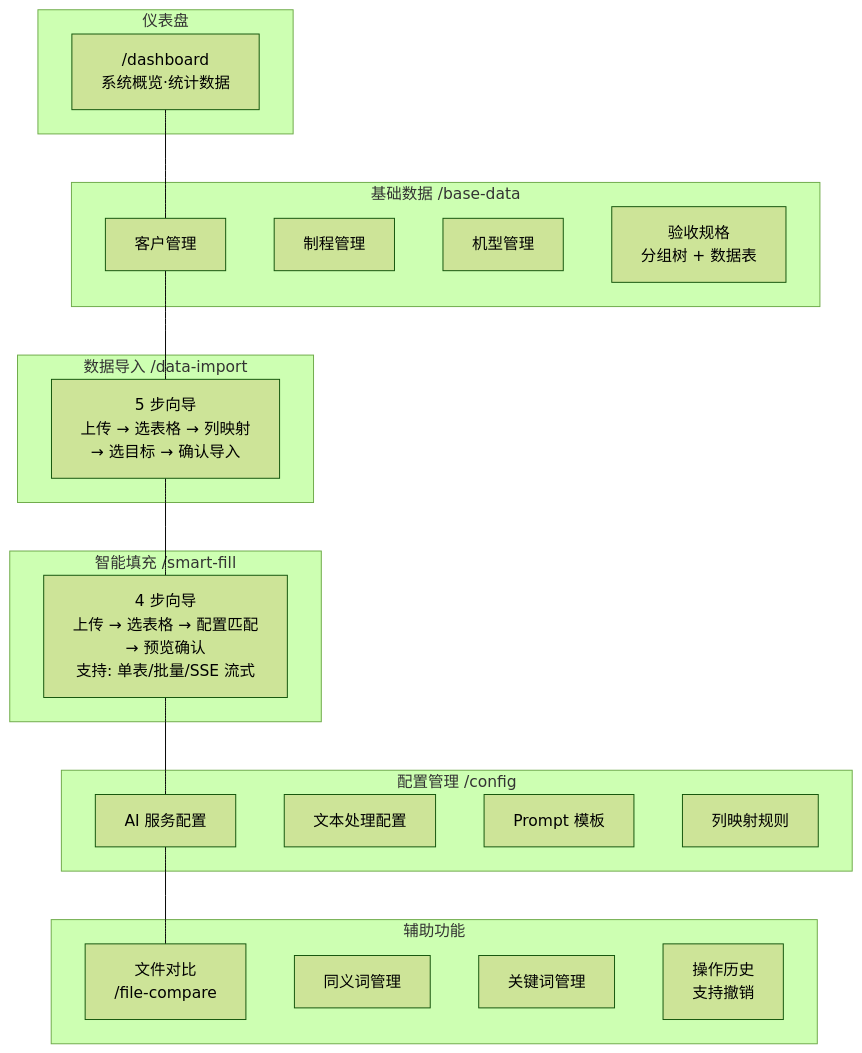
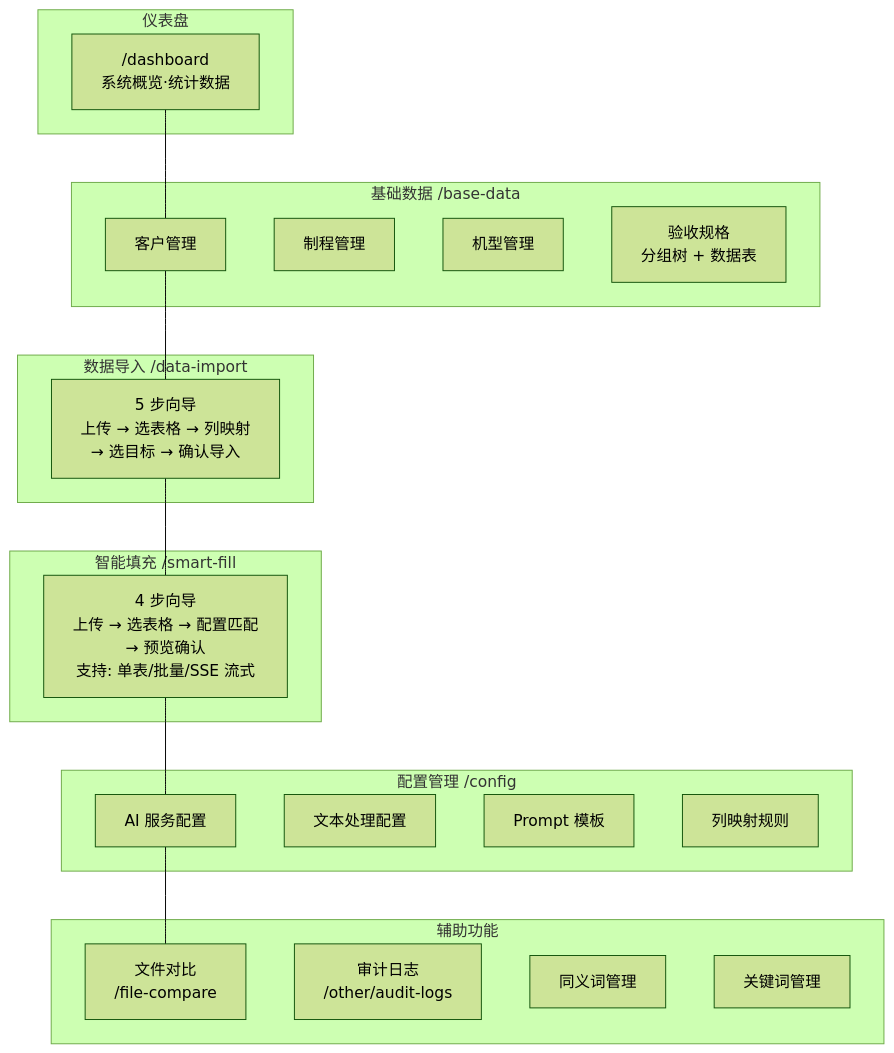
Diagram 19 of 28 in docs/design-overview.md (xiaocaiisxiaocai/AcceptanceSpecRecognition), drawn with Mermaid (forest theme) before and after one commit. The commit also changed other lines of this file and 162 other files, not shown here.

````diff
--- a/docs/design-overview.md
+++ b/docs/design-overview.md
@@ -811,41 +827,41 @@
 ```mermaid
 graph TB
   subgraph DASHBOARD["仪表盘"]
     DASH["/dashboard<br/>系统概览·统计数据"]
   end
 
   subgraph BASE_DATA["基础数据 /base-data"]
     CUST[客户管理]
     PROC[制程管理]
     MACH[机型管理]
     SPEC["验收规格<br/>分组树 + 数据表"]
   end
 
   subgraph DATA_IMPORT["数据导入 /data-import"]
     IMP["5 步向导<br/>上传 → 选表格 → 列映射<br/>→ 选目标 → 确认导入"]
   end
 
   subgraph SMART_FILL["智能填充 /smart-fill"]
     FILL["4 步向导<br/>上传 → 选表格 → 配置匹配<br/>→ 预览确认<br/>支持: 单表/批量/SSE 流式"]
   end
 
   subgraph CONFIG["配置管理 /config"]
     AI_CFG[AI 服务配置]
     TXT_CFG[文本处理配置]
     PMT_CFG["Prompt 模板"]
     COL_CFG[列映射规则]
   end
 
   subgraph AUX["辅助功能"]
     FC["文件对比<br/>/file-compare"]
+    AUDIT["审计日志<br/>/other/audit-logs"]
     SYN[同义词管理]
     KW[关键词管理]
-    HIS["操作历史<br/>支持撤销"]
   end
 
   DASH --- CUST
   CUST --- IMP
   IMP --- FILL
   FILL --- AI_CFG
   AI_CFG --- FC
 ```
````
